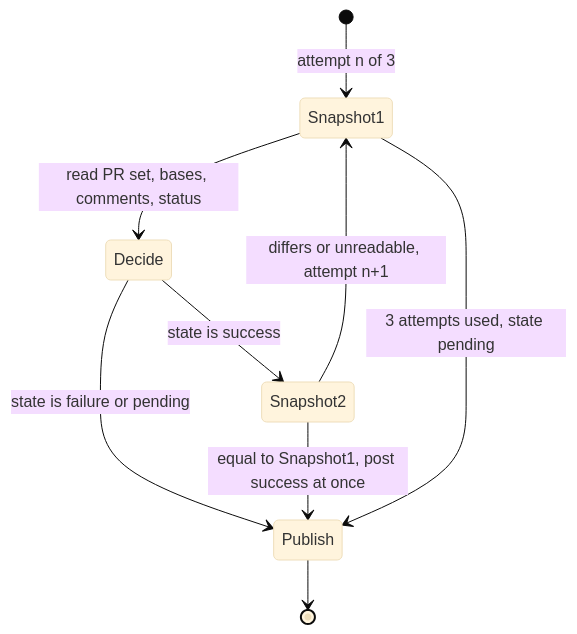
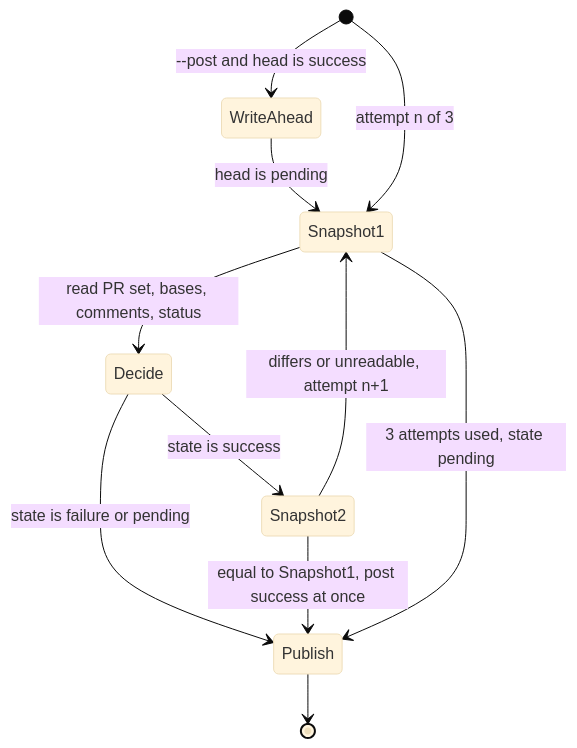
One commit to cheese-work/multica changed the diagram in .plans/CHE-4415-gate-freshness-design.md. Above: the diagram before and after it, drawn with Mermaid (base theme). The commit also changed other lines of this file and 3 other files, not shown here.

Commit message:
fix(security-gate): keep head and PRs on unreadable reads, write-ahead pending (CHE-4415)

````diff
--- a/.plans/CHE-4415-gate-freshness-design.md
+++ b/.plans/CHE-4415-gate-freshness-design.md
@@ -25,11 +25,13 @@
 ```mermaid
 stateDiagram-v2
+    [*] --> WriteAhead: --post and head is success
+    WriteAhead --> Snapshot1: head is pending
     [*] --> Snapshot1: attempt n of 3
     Snapshot1 --> Decide: read PR set, bases, comments, status
     Decide --> Publish: state is failure or pending
     Decide --> Snapshot2: state is success
     Snapshot2 --> Publish: equal to Snapshot1, post success at once
     Snapshot2 --> Snapshot1: differs or unreadable, attempt n+1
     Snapshot1 --> Publish: 3 attempts used, state pending
     Publish --> [*]
 ```
````
